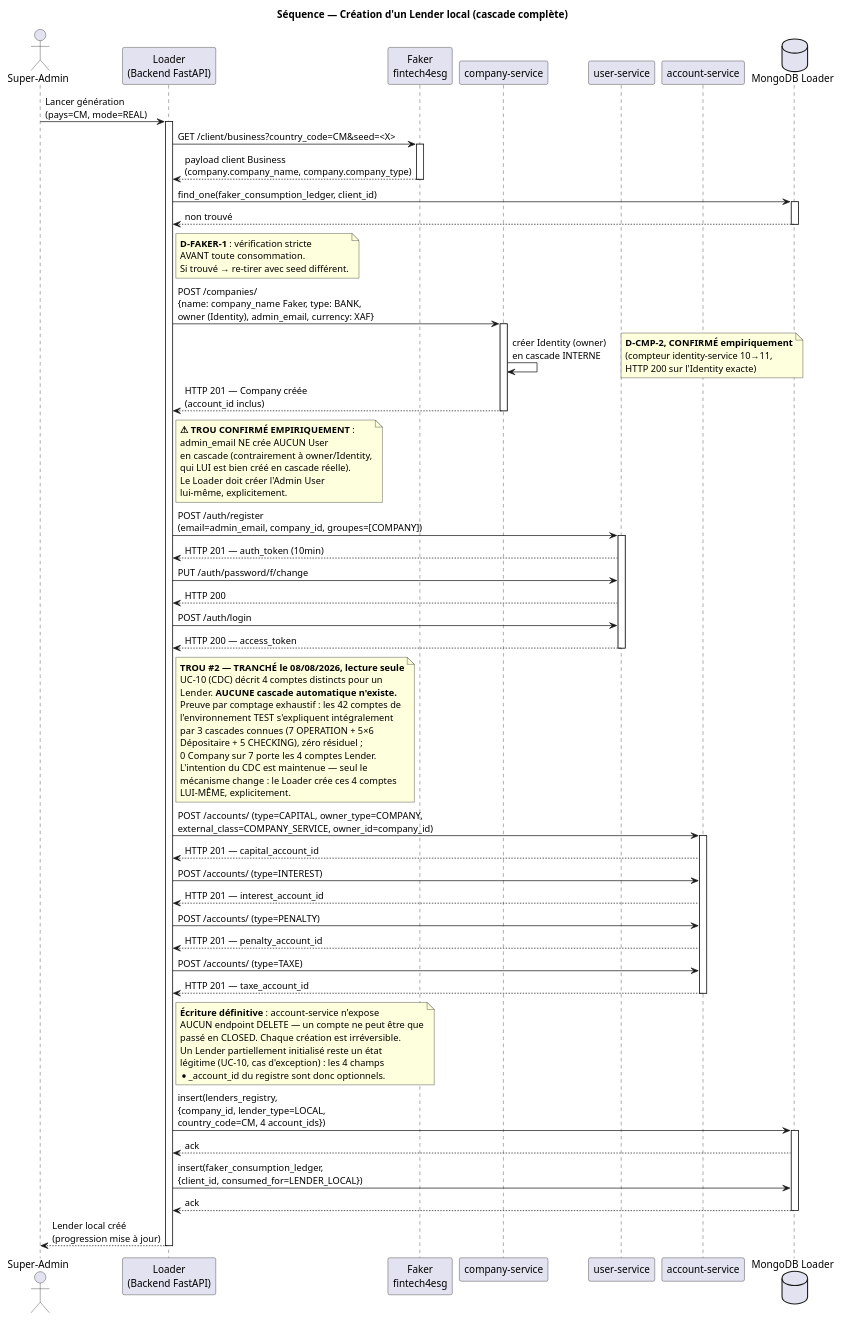
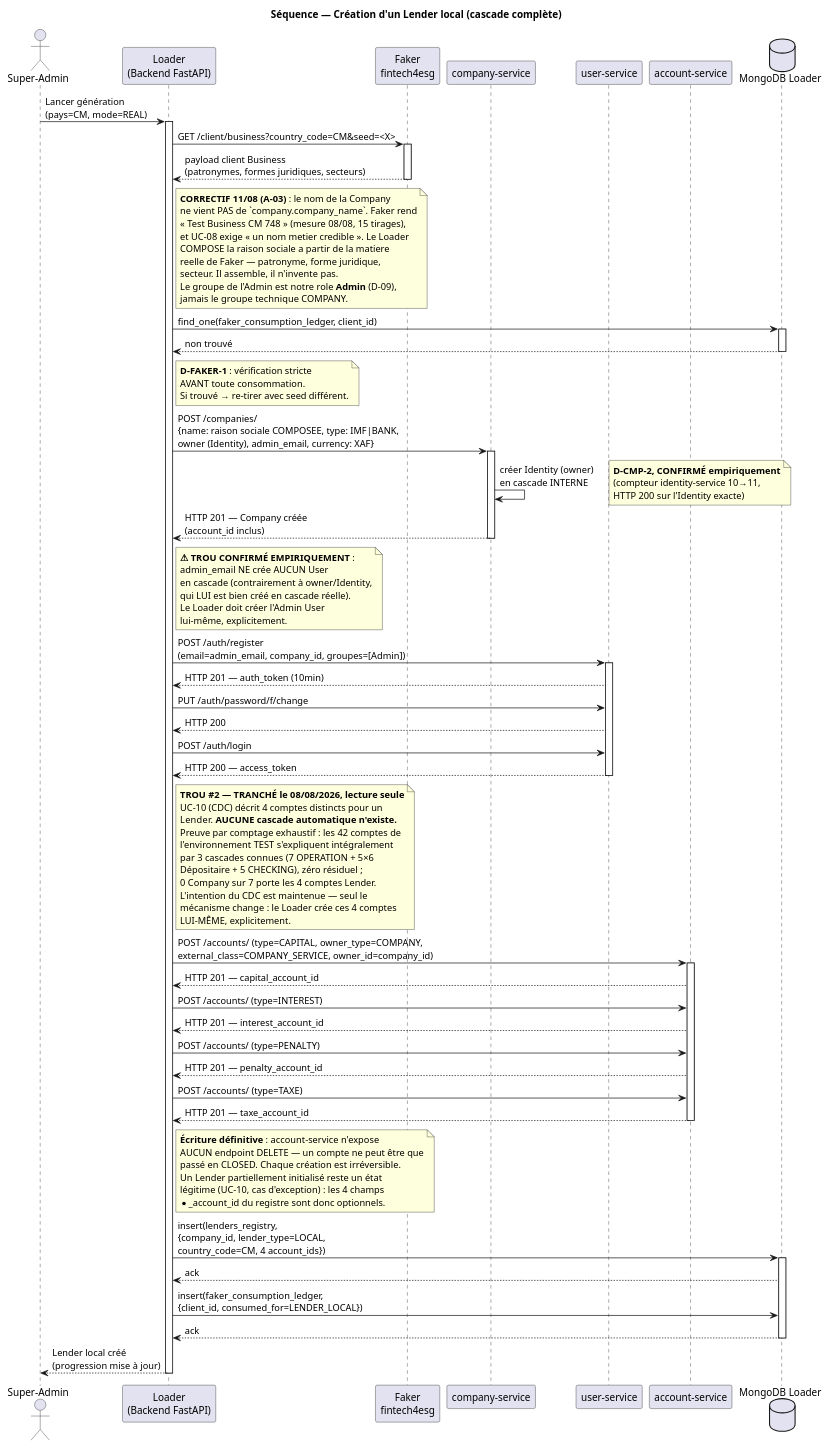
One commit to KuateAbdel/simulator-backend-loader changed the diagram in docs/reference/uml_diagrams/03_sequence_lender.puml. Above: the diagram before and after it, drawn with PlantUML. The commit also changed 5 other files, not shown here.

```diff
--- a/docs/reference/uml_diagrams/03_sequence_lender.puml
+++ b/docs/reference/uml_diagrams/03_sequence_lender.puml
@@ -1,100 +1,112 @@
 @startuml Loader_FinZuu_Sequence_Lender
 
 title Séquence — Création d'un Lender local (cascade complète)
 
 actor "Super-Admin" as SA
 participant "Loader\n(Backend FastAPI)" as LDR
 participant "Faker\nfintech4esg" as FAKER
 participant "company-service" as CMP
 participant "user-service" as USR
 participant "account-service" as ACC
 database "MongoDB Loader" as DB
 
 SA -> LDR : Lancer génération\n(pays=CM, mode=REAL)
 activate LDR
 
 LDR -> FAKER : GET /client/business?country_code=CM&seed=<X>
 activate FAKER
-FAKER --> LDR : payload client Business\n(company.company_name, company.company_type)
+FAKER --> LDR : payload client Business\n(patronymes, formes juridiques, secteurs)
+
+note right of LDR
+  **CORRECTIF 11/08 (A-03)** : le nom de la Company
+  ne vient PAS de `company.company_name`. Faker rend
+  « Test Business CM 748 » (mesure 08/08, 15 tirages),
+  et UC-08 exige « un nom metier credible ». Le Loader
+  COMPOSE la raison sociale a partir de la matiere
+  reelle de Faker — patronyme, forme juridique,
+  secteur. Il assemble, il n'invente pas.
+  Le groupe de l'Admin est notre role **Admin** (D-09),
+  jamais le groupe technique COMPANY.
+end note
 deactivate FAKER
 
 LDR -> DB : find_one(faker_consumption_ledger, client_id)
 activate DB
 DB --> LDR : non trouvé
 deactivate DB
 note right of LDR
   **D-FAKER-1** : vérification stricte
   AVANT toute consommation.
   Si trouvé → re-tirer avec seed différent.
 end note
 
-LDR -> CMP : POST /companies/\n{name: company_name Faker, type: BANK,\nowner (Identity), admin_email, currency: XAF}
+LDR -> CMP : POST /companies/\n{name: raison sociale COMPOSEE, type: IMF|BANK,\nowner (Identity), admin_email, currency: XAF}
 activate CMP
 CMP -> CMP : créer Identity (owner)\nen cascade INTERNE
 note right : **D-CMP-2, CONFIRMÉ empiriquement**\n(compteur identity-service 10→11,\nHTTP 200 sur l'Identity exacte)
 CMP --> LDR : HTTP 201 — Company créée\n(account_id inclus)
 deactivate CMP
 
 note right of LDR
   **⚠ TROU CONFIRMÉ EMPIRIQUEMENT** :
   admin_email NE crée AUCUN User
   en cascade (contrairement à owner/Identity,
   qui LUI est bien créé en cascade réelle).
   Le Loader doit créer l'Admin User
   lui-même, explicitement.
 end note
 
-LDR -> USR : POST /auth/register\n(email=admin_email, company_id, groupes=[COMPANY])
+LDR -> USR : POST /auth/register\n(email=admin_email, company_id, groupes=[Admin])
 activate USR
 USR --> LDR : HTTP 201 — auth_token (10min)
 LDR -> USR : PUT /auth/password/f/change
 USR --> LDR : HTTP 200
 LDR -> USR : POST /auth/login
 USR --> LDR : HTTP 200 — access_token
 deactivate USR
 
 note right of LDR
   **TROU #2 — TRANCHÉ le 08/08/2026, lecture seule**
   UC-10 (CDC) décrit 4 comptes distincts pour un
   Lender. **AUCUNE cascade automatique n'existe.**
   Preuve par comptage exhaustif : les 42 comptes de
   l'environnement TEST s'expliquent intégralement
   par 3 cascades connues (7 OPERATION + 5×6
   Dépositaire + 5 CHECKING), zéro résiduel ;
   0 Company sur 7 porte les 4 comptes Lender.
   L'intention du CDC est maintenue — seul le
   mécanisme change : le Loader crée ces 4 comptes
   LUI-MÊME, explicitement.
 end note
 
 LDR -> ACC : POST /accounts/ (type=CAPITAL, owner_type=COMPANY,\nexternal_class=COMPANY_SERVICE, owner_id=company_id)
 activate ACC
 ACC --> LDR : HTTP 201 — capital_account_id
 LDR -> ACC : POST /accounts/ (type=INTEREST)
 ACC --> LDR : HTTP 201 — interest_account_id
 LDR -> ACC : POST /accounts/ (type=PENALTY)
 ACC --> LDR : HTTP 201 — penalty_account_id
 LDR -> ACC : POST /accounts/ (type=TAXE)
 ACC --> LDR : HTTP 201 — taxe_account_id
 deactivate ACC
 
 note right of LDR
   **Écriture définitive** : account-service n'expose
   AUCUN endpoint DELETE — un compte ne peut être que
   passé en CLOSED. Chaque création est irréversible.
   Un Lender partiellement initialisé reste un état
   légitime (UC-10, cas d'exception) : les 4 champs
   *_account_id du registre sont donc optionnels.
 end note
 
 LDR -> DB : insert(lenders_registry,\n{company_id, lender_type=LOCAL,\ncountry_code=CM, 4 account_ids})
 activate DB
 DB --> LDR : ack
 LDR -> DB : insert(faker_consumption_ledger,\n{client_id, consumed_for=LENDER_LOCAL})
 DB --> LDR : ack
 deactivate DB
 
 LDR --> SA : Lender local créé\n(progression mise à jour)
 deactivate LDR
 
 @enduml
```
